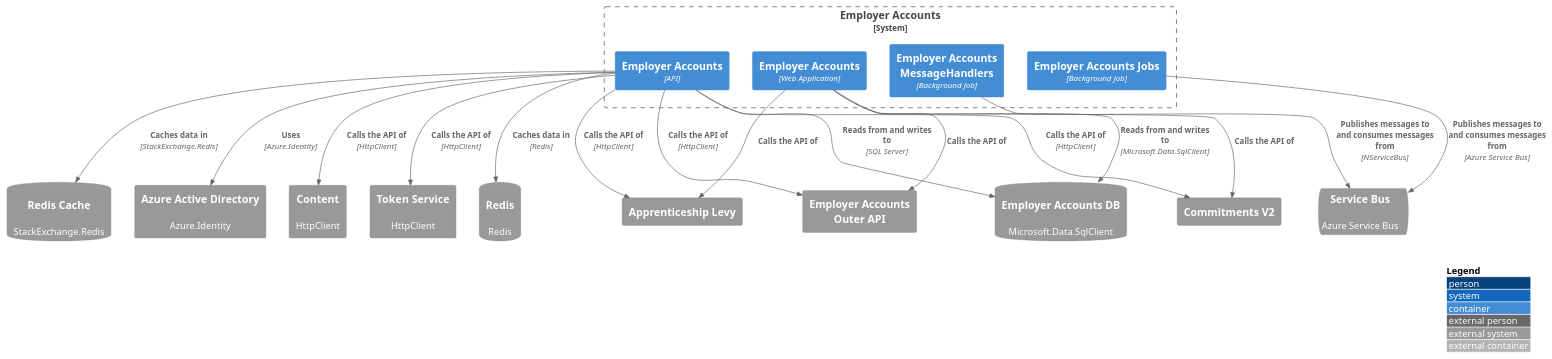
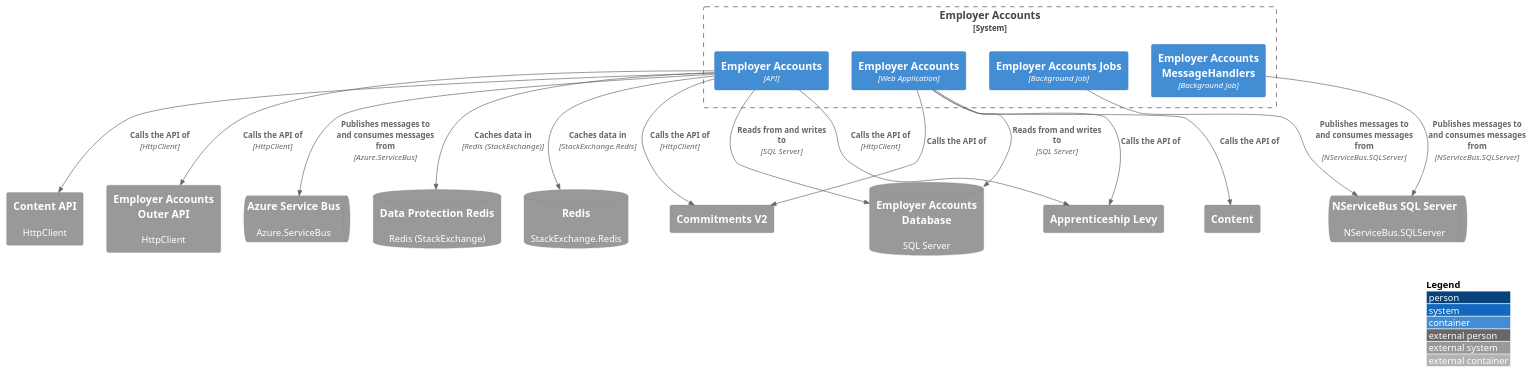
The diagram in das-employer-accounts/service-dependencies/service-dependencies.puml (talentconsulting/service-catalogue-data), drawn with PlantUML before and after one commit. The commit also changed 46 other files, not shown here.

```diff
--- a/das-employer-accounts/service-dependencies/service-dependencies.puml
+++ b/das-employer-accounts/service-dependencies/service-dependencies.puml
@@ -1,39 +1,38 @@
 @startuml
 !include https://raw.githubusercontent.com/plantuml-stdlib/C4-PlantUML/master/C4_Container.puml
 LAYOUT_WITH_LEGEND()
 
 System_Boundary(sys_SkillsFundingAgency_das_employer_accounts, "Employer Accounts") {
-  Container(c_employer_accounts_api, "Employer Accounts", "API")
+  Container(c_employer_accounts, "Employer Accounts", "API")
   Container(c_employer_accounts_jobs, "Employer Accounts Jobs", "Background Job")
   Container(c_employer_accounts_messagehandlers, "Employer Accounts MessageHandlers", "Background Job")
   Container(c_employer_accounts_web, "Employer Accounts", "Web Application")
 }
 
-SystemDb_Ext(d_cache_redis, "Redis", "Redis")
-SystemDb_Ext(d_cache_redis_cache, "Redis Cache", "StackExchange.Redis")
-System_Ext(d_cloud_service_azure_active_directory, "Azure Active Directory", "Azure.Identity")
-SystemDb_Ext(d_database_employer_accounts_db, "Employer Accounts DB", "Microsoft.Data.SqlClient")
+SystemDb_Ext(d_cache_data_protection_redis, "Data Protection Redis", "Redis (StackExchange)")
+SystemDb_Ext(d_cache_redis, "Redis", "StackExchange.Redis")
+SystemDb_Ext(d_database_employer_accounts_database, "Employer Accounts Database", "SQL Server")
 System_Ext(d_http_api_apprenticeship_levy, "Apprenticeship Levy")
 System_Ext(d_http_api_commitments_v2, "Commitments V2")
-System_Ext(d_http_api_content, "Content", "HttpClient")
-System_Ext(d_http_api_employer_accounts_outer_api, "Employer Accounts Outer API")
-System_Ext(d_http_api_token_service, "Token Service", "HttpClient")
-SystemQueue_Ext(d_message_broker_service_bus, "Service Bus", "Azure Service Bus")
+System_Ext(d_http_api_content, "Content")
+System_Ext(d_http_api_content_api, "Content API", "HttpClient")
+System_Ext(d_http_api_employer_accounts_outer_api, "Employer Accounts Outer API", "HttpClient")
+SystemQueue_Ext(d_message_broker_azure_service_bus, "Azure Service Bus", "Azure.ServiceBus")
+SystemQueue_Ext(d_message_broker_nservicebus_sql_server, "NServiceBus SQL Server", "NServiceBus.SQLServer")
 
-Rel(c_employer_accounts_api, d_cache_redis, "Caches data in", "Redis")
-Rel(c_employer_accounts_api, d_cache_redis_cache, "Caches data in", "StackExchange.Redis")
-Rel(c_employer_accounts_api, d_cloud_service_azure_active_directory, "Uses", "Azure.Identity")
-Rel(c_employer_accounts_web, d_database_employer_accounts_db, "Reads from and writes to", "Microsoft.Data.SqlClient")
-Rel(c_employer_accounts_api, d_database_employer_accounts_db, "Reads from and writes to", "SQL Server")
+Rel(c_employer_accounts, d_cache_data_protection_redis, "Caches data in", "Redis (StackExchange)")
+Rel(c_employer_accounts, d_cache_redis, "Caches data in", "StackExchange.Redis")
+Rel(c_employer_accounts_web, d_database_employer_accounts_database, "Reads from and writes to", "SQL Server")
+Rel(c_employer_accounts, d_database_employer_accounts_database, "Reads from and writes to", "SQL Server")
 Rel(c_employer_accounts_web, d_http_api_apprenticeship_levy, "Calls the API of")
-Rel(c_employer_accounts_api, d_http_api_apprenticeship_levy, "Calls the API of", "HttpClient")
+Rel(c_employer_accounts, d_http_api_apprenticeship_levy, "Calls the API of", "HttpClient")
 Rel(c_employer_accounts_web, d_http_api_commitments_v2, "Calls the API of")
-Rel(c_employer_accounts_api, d_http_api_commitments_v2, "Calls the API of", "HttpClient")
-Rel(c_employer_accounts_api, d_http_api_content, "Calls the API of", "HttpClient")
-Rel(c_employer_accounts_web, d_http_api_employer_accounts_outer_api, "Calls the API of")
-Rel(c_employer_accounts_api, d_http_api_employer_accounts_outer_api, "Calls the API of", "HttpClient")
-Rel(c_employer_accounts_api, d_http_api_token_service, "Calls the API of", "HttpClient")
-Rel(c_employer_accounts_jobs, d_message_broker_service_bus, "Publishes messages to and consumes messages from", "Azure Service Bus")
-Rel(c_employer_accounts_messagehandlers, d_message_broker_service_bus, "Publishes messages to and consumes messages from", "NServiceBus")
+Rel(c_employer_accounts, d_http_api_commitments_v2, "Calls the API of", "HttpClient")
+Rel(c_employer_accounts_web, d_http_api_content, "Calls the API of")
+Rel(c_employer_accounts, d_http_api_content_api, "Calls the API of", "HttpClient")
+Rel(c_employer_accounts, d_http_api_employer_accounts_outer_api, "Calls the API of", "HttpClient")
+Rel(c_employer_accounts, d_message_broker_azure_service_bus, "Publishes messages to and consumes messages from", "Azure.ServiceBus")
+Rel(c_employer_accounts_jobs, d_message_broker_nservicebus_sql_server, "Publishes messages to and consumes messages from", "NServiceBus.SQLServer")
+Rel(c_employer_accounts_messagehandlers, d_message_broker_nservicebus_sql_server, "Publishes messages to and consumes messages from", "NServiceBus.SQLServer")
 
 @enduml
```
